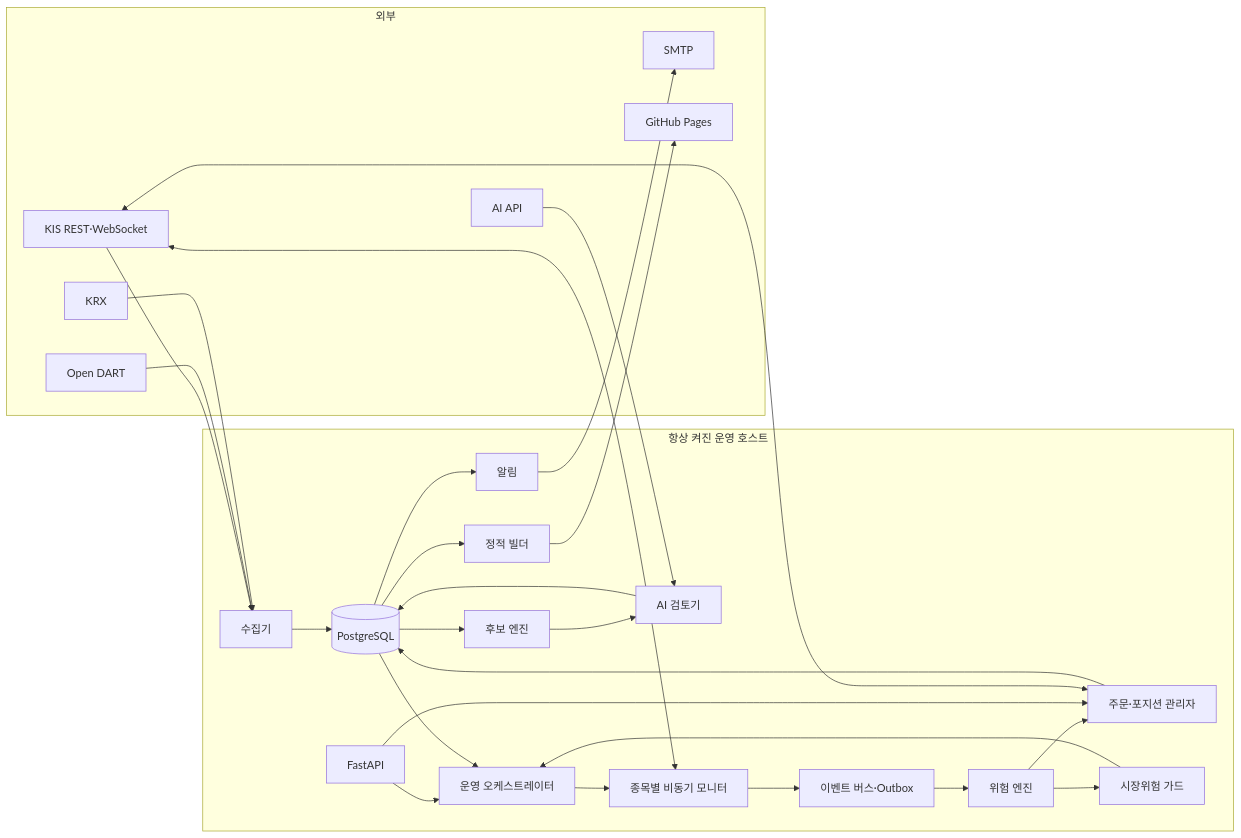
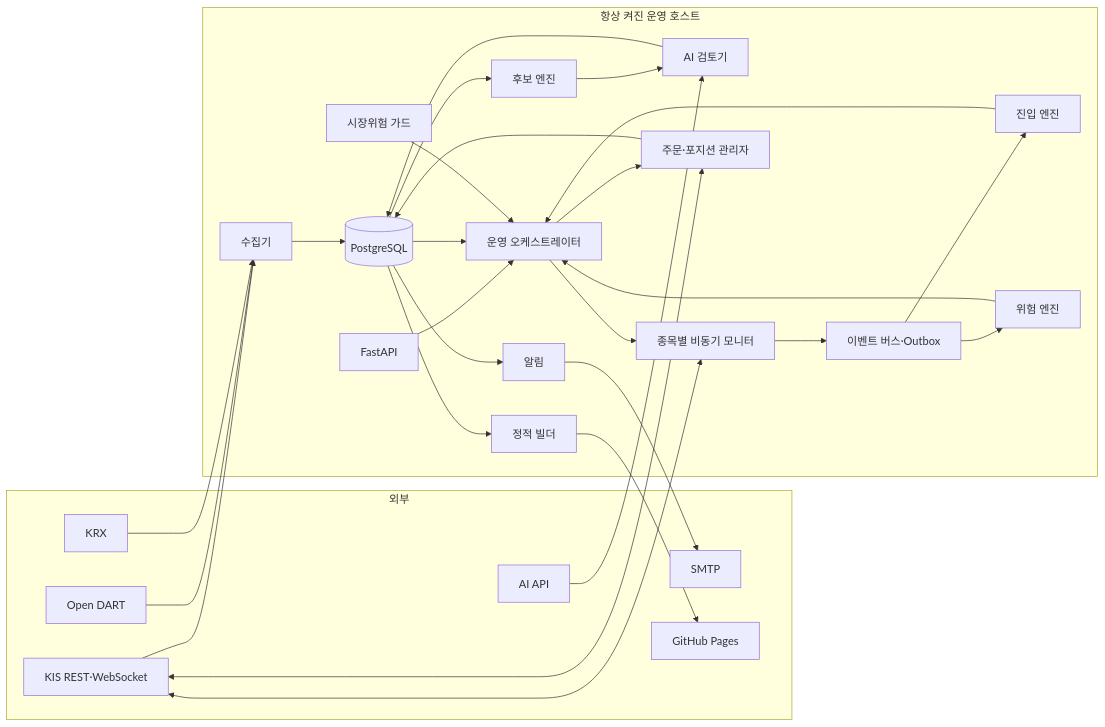
The first of 3 diagrams in DOCS/ARCHITECTURE_AND_DATA.md (sungha-uu/danta), drawn with Mermaid before and after one commit. The commit also changed other lines of this file and 6 other files, not shown here.

````diff
--- a/DOCS/ARCHITECTURE_AND_DATA.md
+++ b/DOCS/ARCHITECTURE_AND_DATA.md
@@ -12,43 +12,46 @@
 ```mermaid
 flowchart LR
     subgraph EXT["외부"]
       KIS["KIS REST·WebSocket"]
       DART["Open DART"]
       KRX["KRX"]
       AI["AI API"]
       SMTP["SMTP"]
       GH["GitHub Pages"]
     end
     subgraph CORE["항상 켜진 운영 호스트"]
       COL["수집기"]
       BATCH["후보 엔진"]
       REVIEW["AI 검토기"]
       ORCH["운영 오케스트레이터"]
       MON["종목별 비동기 모니터"]
+      ENTRY["진입 엔진"]
       OMS["주문·포지션 관리자"]
       RISK["위험 엔진"]
       REGIME["시장위험 가드"]
       BUS["이벤트 버스·Outbox"]
       NOTI["알림"]
       PUB["정적 빌더"]
       API["FastAPI"]
       DB[("PostgreSQL")]
     end
     KIS --> COL
     DART --> COL
     KRX --> COL
     COL --> DB
     DB --> BATCH --> REVIEW
     AI --> REVIEW
     REVIEW --> DB
     API --> ORCH
     DB --> ORCH --> MON
     KIS <--> MON
-    MON --> BUS --> RISK --> OMS
-    RISK --> REGIME --> ORCH
-    API --> OMS
+    MON --> BUS
+    BUS --> ENTRY --> ORCH
+    BUS --> RISK --> ORCH
+    REGIME --> ORCH
+    ORCH --> OMS
     OMS <--> KIS
     OMS --> DB
     DB --> NOTI --> SMTP
     DB --> PUB --> GH
 ```
````
